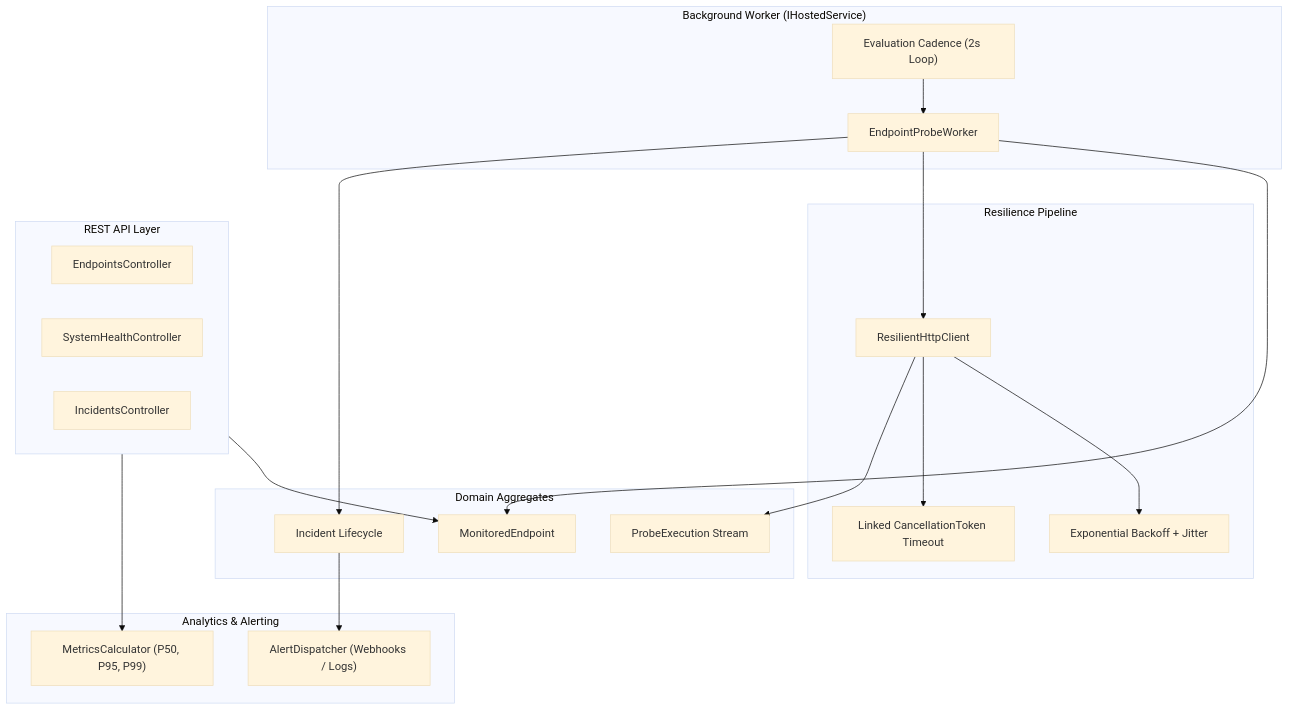
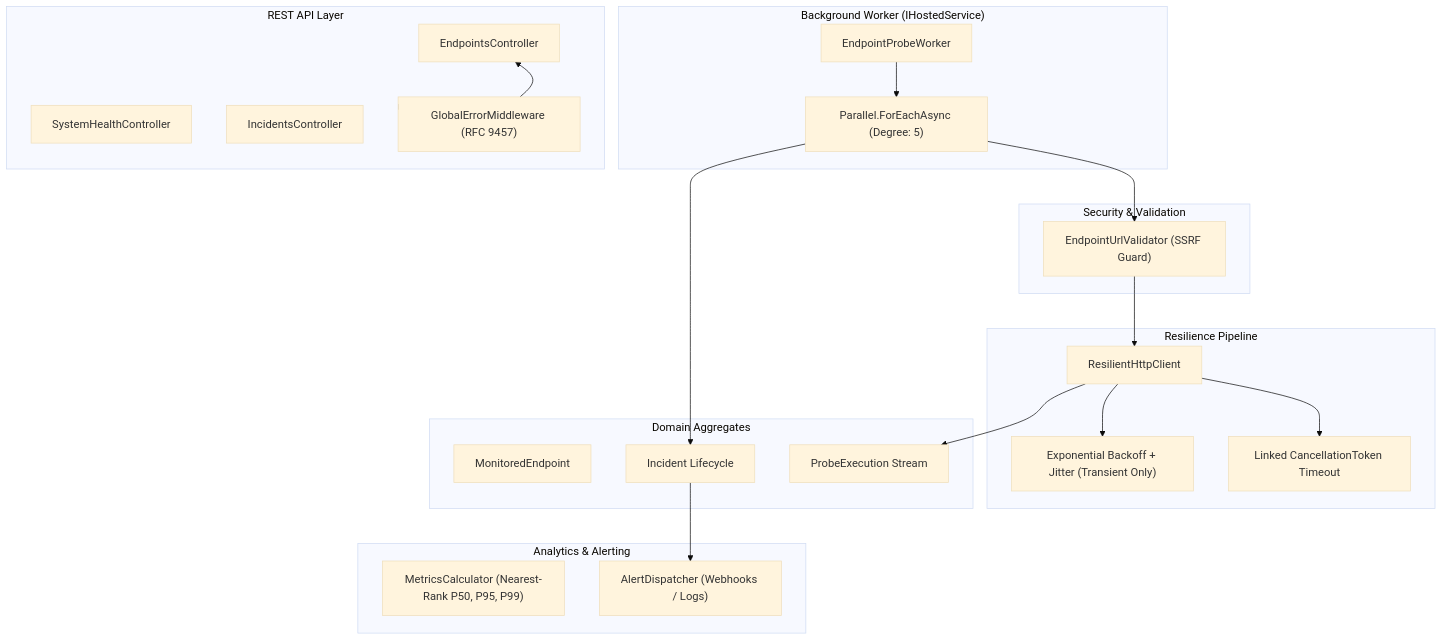
The diagram in README.md (RASHA2702/IntegrationWatch), drawn with Mermaid (base theme) before and after one commit. The commit also changed other lines of this file and 8 other files, not shown here.

Commit message:
Security & concurrency upgrade: SSRF validator, transient retry selectivity, Parallel.ForEachAsync

````diff
--- a/README.md
+++ b/README.md
@@ -43,41 +45,46 @@
 ```mermaid
 flowchart TD
     subgraph Engine ["Background Worker (IHostedService)"]
         Worker["EndpointProbeWorker"]
-        Loop["Evaluation Cadence (2s Loop)"]
+        ParallelPool["Parallel.ForEachAsync (Degree: 5)"]
+    end
+
+    subgraph Security ["Security & Validation"]
+        Validator["EndpointUrlValidator (SSRF Guard)"]
     end
 
     subgraph Res ["Resilience Pipeline"]
         Client["ResilientHttpClient"]
-        Retry["Exponential Backoff + Jitter"]
+        Retry["Exponential Backoff + Jitter (Transient Only)"]
         Timeout["Linked CancellationToken Timeout"]
     end
 
     subgraph Core ["Domain Aggregates"]
         Endpoints["MonitoredEndpoint"]
         Incidents["Incident Lifecycle"]
         Executions["ProbeExecution Stream"]
     end
 
     subgraph Metrics ["Analytics & Alerting"]
-        Calculator["MetricsCalculator (P50, P95, P99)"]
+        Calculator["MetricsCalculator (Nearest-Rank P50, P95, P99)"]
         Dispatcher["AlertDispatcher (Webhooks / Logs)"]
     end
 
     subgraph API ["REST API Layer"]
         EndpointsCtrl["EndpointsController"]
         HealthCtrl["SystemHealthController"]
         IncidentsCtrl["IncidentsController"]
+        Middleware["GlobalErrorMiddleware (RFC 9457)"]
     end
 
-    Loop --> Worker
-    Worker --> Endpoints
-    Worker --> Client
+    Worker --> ParallelPool
+    ParallelPool --> Validator
+    Validator --> Client
     Client --> Retry
     Client --> Timeout
     Client --> Executions
-    Worker --> Incidents
+    ParallelPool --> Incidents
     Incidents --> Dispatcher
-    API --> Endpoints
-    API --> Calculator
+    API --> Middleware
+    Middleware --> EndpointsCtrl
 ```
````
